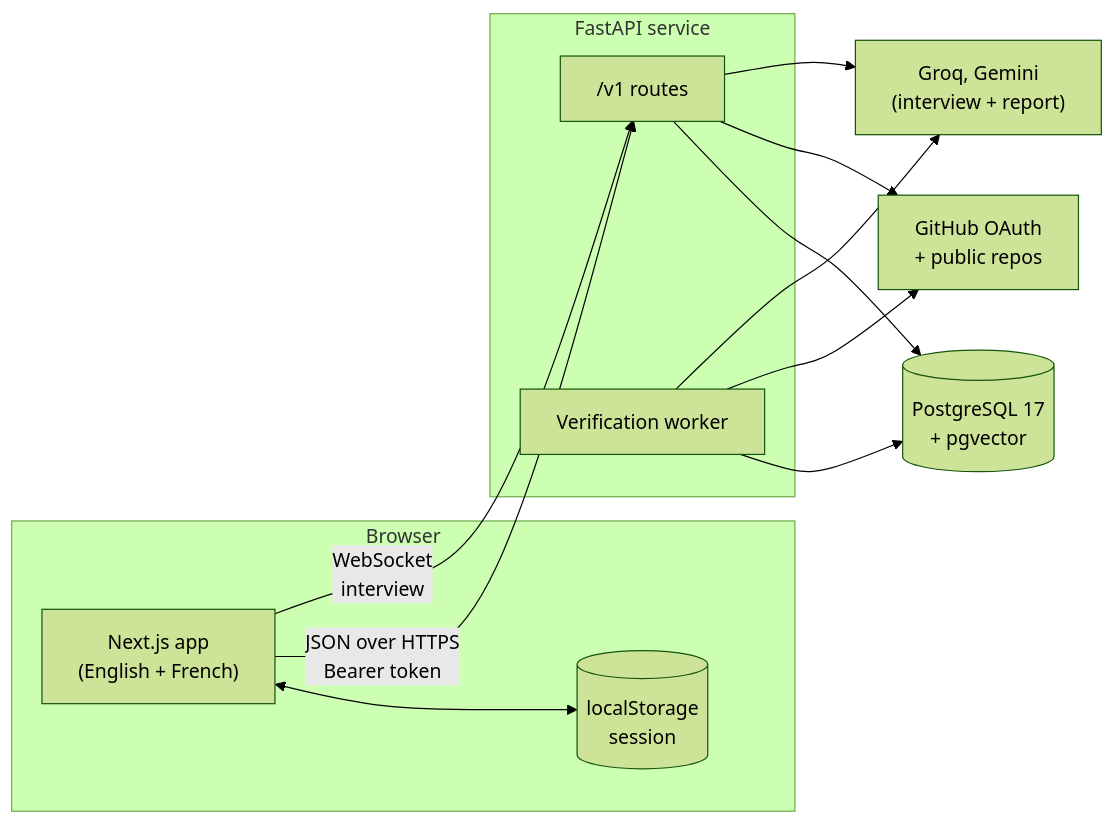
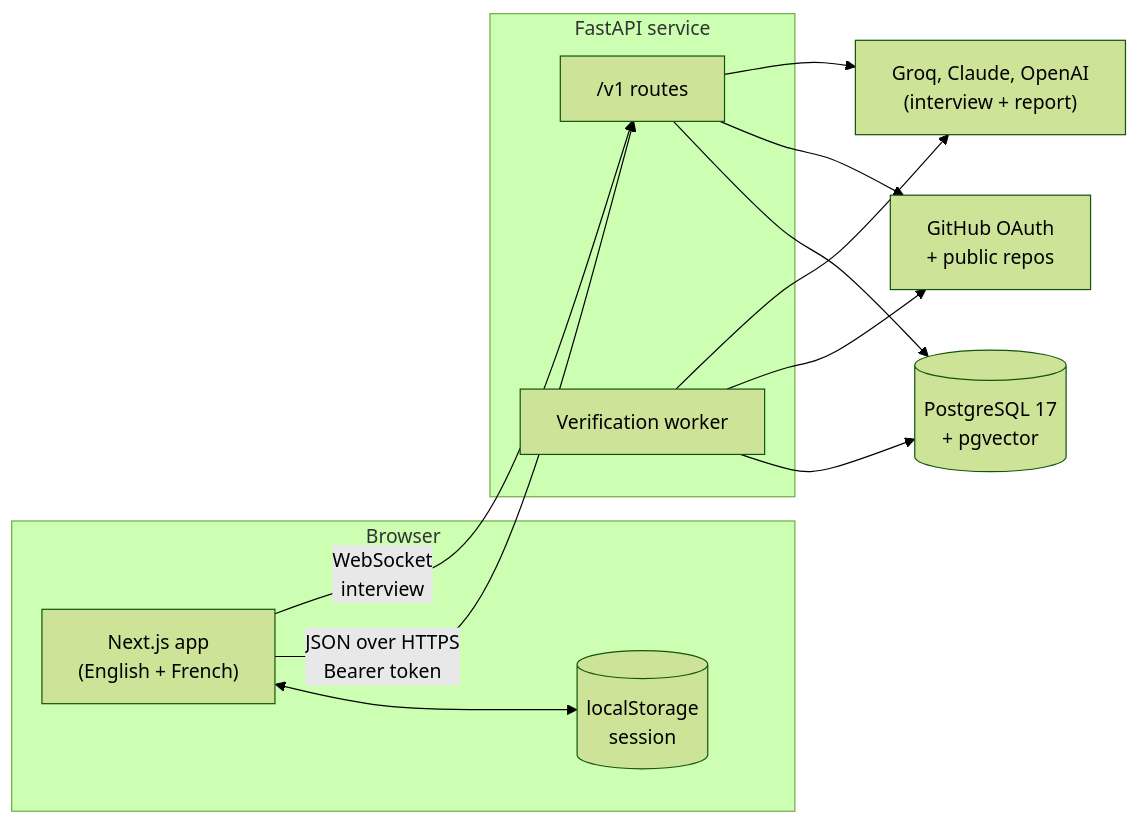
One commit to AI-UNIPOD/Village-Sqwhere-ACODEV changed the second of 3 diagrams in README.md. Above: the diagram before and after it, drawn with Mermaid (forest theme). The commit also changed other lines of this file and 28 other files, not shown here.

Commit message:
feat(api): fall back to claude and openai in the interview steps (#263)

````diff
--- a/README.md
+++ b/README.md
@@ -177,24 +177,24 @@
 ```mermaid
 flowchart LR
   subgraph Browser
     UI["Next.js app<br />(English + French)"]
     LS[("localStorage<br />session")]
   end
   subgraph API["FastAPI service"]
     R["/v1 routes"]
     W["Verification worker"]
   end
   DB[("PostgreSQL 17<br />+ pgvector")]
   GH["GitHub OAuth<br />+ public repos"]
-  AI["Groq, Gemini<br />(interview + report)"]
+  AI["Groq, Claude, OpenAI<br />(interview + report)"]
 
   UI <--> LS
   UI -- "JSON over HTTPS<br />Bearer token" --> R
   UI -- "WebSocket<br />interview" --> R
   R --> DB
   W --> DB
   R --> GH
   W --> GH
   W --> AI
   R --> AI
 ```
````
